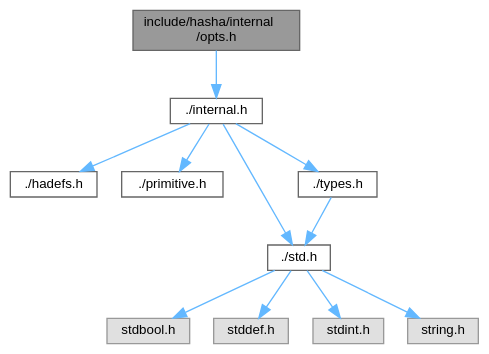
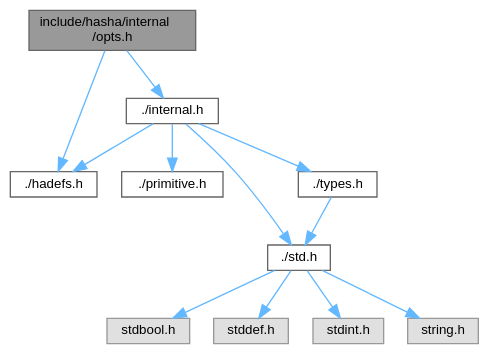
Before and after one commit to reslaid32/hasha: the diagram in docs/dc/d66/opts_8h__incl.dot, drawn with Graphviz. The commit also changed 147 other files, not shown here.

```diff
--- a/docs/dc/d66/opts_8h__incl.dot
+++ b/docs/dc/d66/opts_8h__incl.dot
@@ -1,27 +1,28 @@
 digraph "include/hasha/internal/opts.h"
 {
  // LATEX_PDF_SIZE
   bgcolor="transparent";
   edge [fontname=Helvetica,fontsize=10,labelfontname=Helvetica,labelfontsize=10];
   node [fontname=Helvetica,fontsize=10,shape=box,height=0.2,width=0.4];
   Node1 [id="Node000001",label="include/hasha/internal\l/opts.h",height=0.2,width=0.4,color="gray40", fillcolor="grey60", style="filled", fontcolor="black",tooltip=" "];
   Node1 -> Node2 [id="edge1_Node000001_Node000002",color="steelblue1",style="solid",tooltip=" "];
   Node2 [id="Node000002",label="./internal.h",height=0.2,width=0.4,color="grey40", fillcolor="white", style="filled",URL="$db/dde/internal_8h.html",tooltip=" "];
   Node2 -> Node3 [id="edge2_Node000002_Node000003",color="steelblue1",style="solid",tooltip=" "];
   Node3 [id="Node000003",label="./hadefs.h",height=0.2,width=0.4,color="grey40", fillcolor="white", style="filled",URL="$d5/d5e/hadefs_8h.html",tooltip=" "];
   Node2 -> Node4 [id="edge3_Node000002_Node000004",color="steelblue1",style="solid",tooltip=" "];
   Node4 [id="Node000004",label="./primitive.h",height=0.2,width=0.4,color="grey40", fillcolor="white", style="filled",URL="$d1/d71/primitive_8h.html",tooltip=" "];
   Node2 -> Node5 [id="edge4_Node000002_Node000005",color="steelblue1",style="solid",tooltip=" "];
   Node5 [id="Node000005",label="./std.h",height=0.2,width=0.4,color="grey40", fillcolor="white", style="filled",URL="$d6/dc4/std_8h.html",tooltip=" "];
   Node5 -> Node6 [id="edge5_Node000005_Node000006",color="steelblue1",style="solid",tooltip=" "];
   Node6 [id="Node000006",label="stdbool.h",height=0.2,width=0.4,color="grey60", fillcolor="#E0E0E0", style="filled",tooltip=" "];
   Node5 -> Node7 [id="edge6_Node000005_Node000007",color="steelblue1",style="solid",tooltip=" "];
   Node7 [id="Node000007",label="stddef.h",height=0.2,width=0.4,color="grey60", fillcolor="#E0E0E0", style="filled",tooltip=" "];
   Node5 -> Node8 [id="edge7_Node000005_Node000008",color="steelblue1",style="solid",tooltip=" "];
   Node8 [id="Node000008",label="stdint.h",height=0.2,width=0.4,color="grey60", fillcolor="#E0E0E0", style="filled",tooltip=" "];
   Node5 -> Node9 [id="edge8_Node000005_Node000009",color="steelblue1",style="solid",tooltip=" "];
   Node9 [id="Node000009",label="string.h",height=0.2,width=0.4,color="grey60", fillcolor="#E0E0E0", style="filled",tooltip=" "];
   Node2 -> Node10 [id="edge9_Node000002_Node000010",color="steelblue1",style="solid",tooltip=" "];
   Node10 [id="Node000010",label="./types.h",height=0.2,width=0.4,color="grey40", fillcolor="white", style="filled",URL="$d9/d49/types_8h.html",tooltip=" "];
   Node10 -> Node5 [id="edge10_Node000010_Node000005",color="steelblue1",style="solid",tooltip=" "];
+  Node1 -> Node3 [id="edge11_Node000001_Node000003",color="steelblue1",style="solid",tooltip=" "];
 }
```
